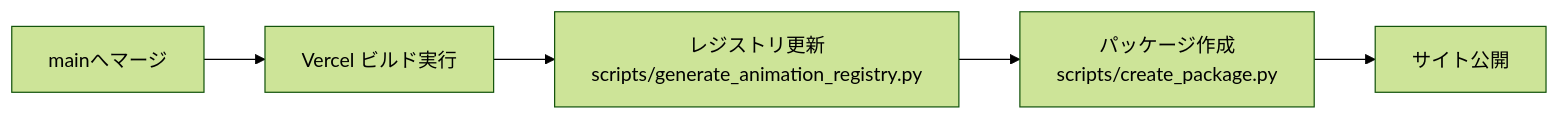
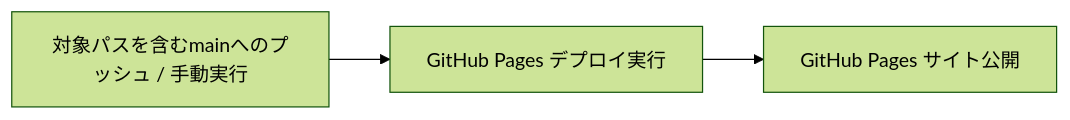
The third of 4 diagrams in docs/README_DEPLOY.md (masanori-satake/QuickLog-Solo), drawn with Mermaid (forest theme) before and after one commit. The commit also changed other lines of this file and 20 other files, not shown here.

````diff
--- a/docs/README_DEPLOY.md
+++ b/docs/README_DEPLOY.md
@@ -99,7 +98,5 @@
 ```mermaid
 graph LR
-    Trigger[mainへマージ] --> VercelBuild[Vercel ビルド実行]
-    VercelBuild --> Registry[レジストリ更新<br/>scripts/generate_animation_registry.py]
-    Registry --> Zip[パッケージ作成<br/>scripts/create_package.py]
-    Zip --> Deploy[サイト公開]
+    Trigger[対象パスを含むmainへのプッシュ / 手動実行] --> PagesBuild[GitHub Pages デプロイ実行]
+    PagesBuild --> Deploy[GitHub Pages サイト公開]
 ```
````
